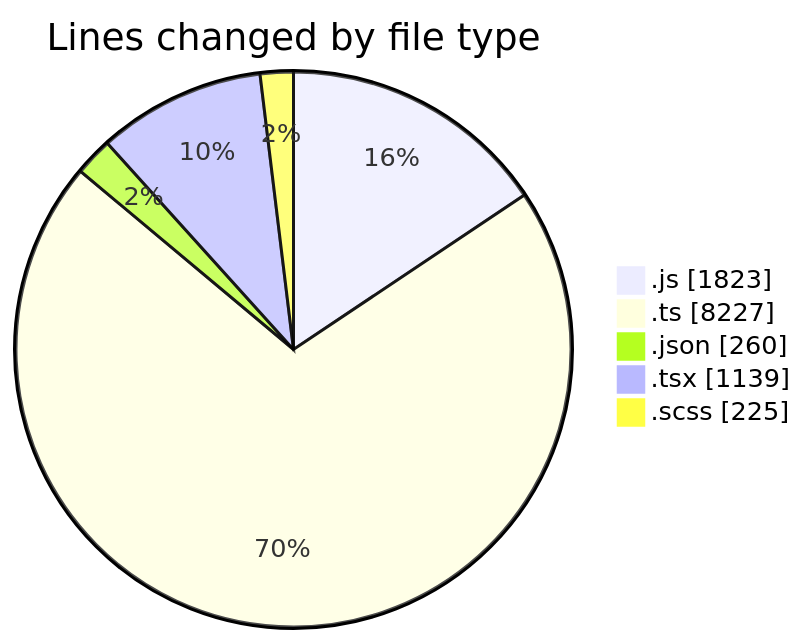
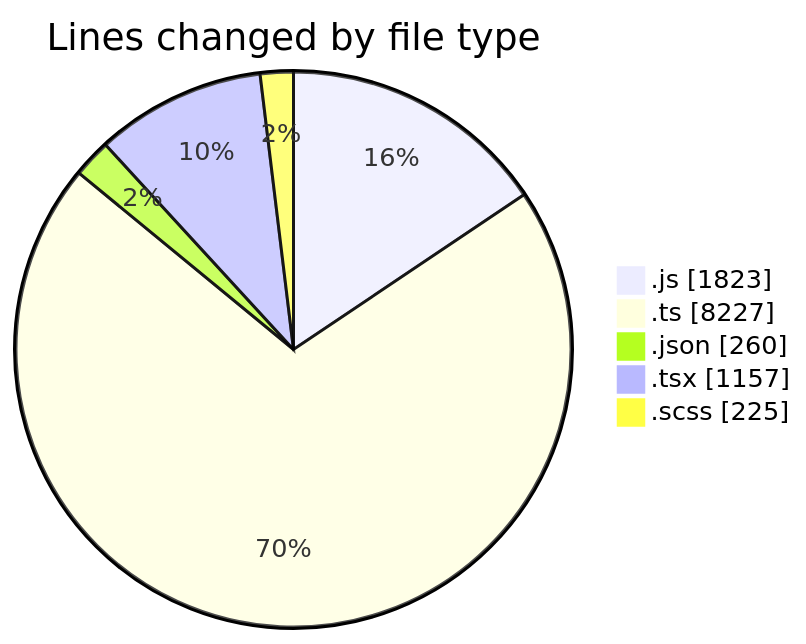
The first of 2 diagrams in 2026-04-08/cda/README.md (momahboobian/code-tracking), drawn with Mermaid before and after one commit. The commit also changed other lines of this file and 1 other file, not shown here.

````diff
--- a/2026-04-08/cda/README.md
+++ b/2026-04-08/cda/README.md
@@ -35,9 +35,9 @@
 ```mermaid
 pie showData
 title Lines changed by file type
 ".js" : 1823
 ".ts" : 8227
 ".json" : 260
-".tsx" : 1139
+".tsx" : 1157
 ".scss" : 225
 ```
````
